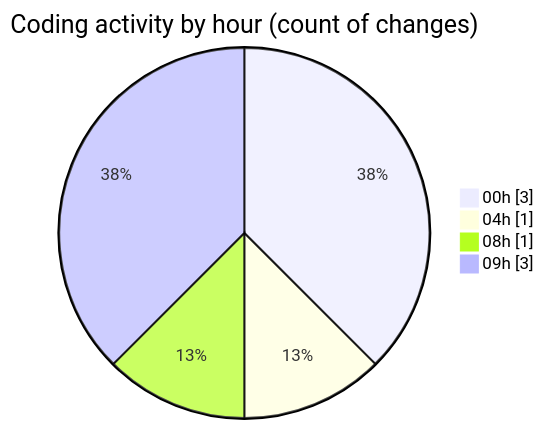
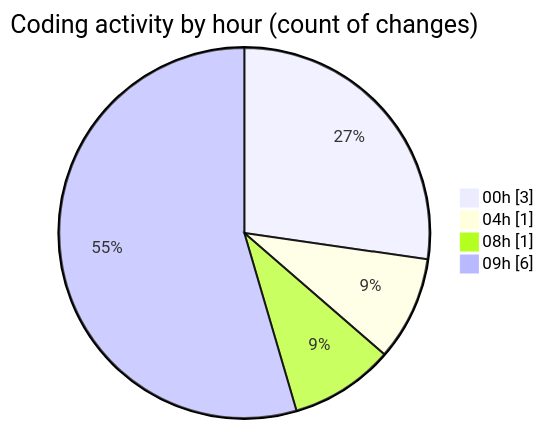
The second of 2 diagrams in 2026-02-03/singularitybrainai/README.md (tmsrecording-cyber/code-tracking), drawn with Mermaid before and after one commit. The commit also changed other lines of this file and 1 other file, not shown here.

````diff
--- a/2026-02-03/singularitybrainai/README.md
+++ b/2026-02-03/singularitybrainai/README.md
@@ -29,8 +31,8 @@
 ```mermaid
 pie showData
 title Coding activity by hour (count of changes)
 "00h" : 3
 "04h" : 1
 "08h" : 1
-"09h" : 3
+"09h" : 6
 ```
````
